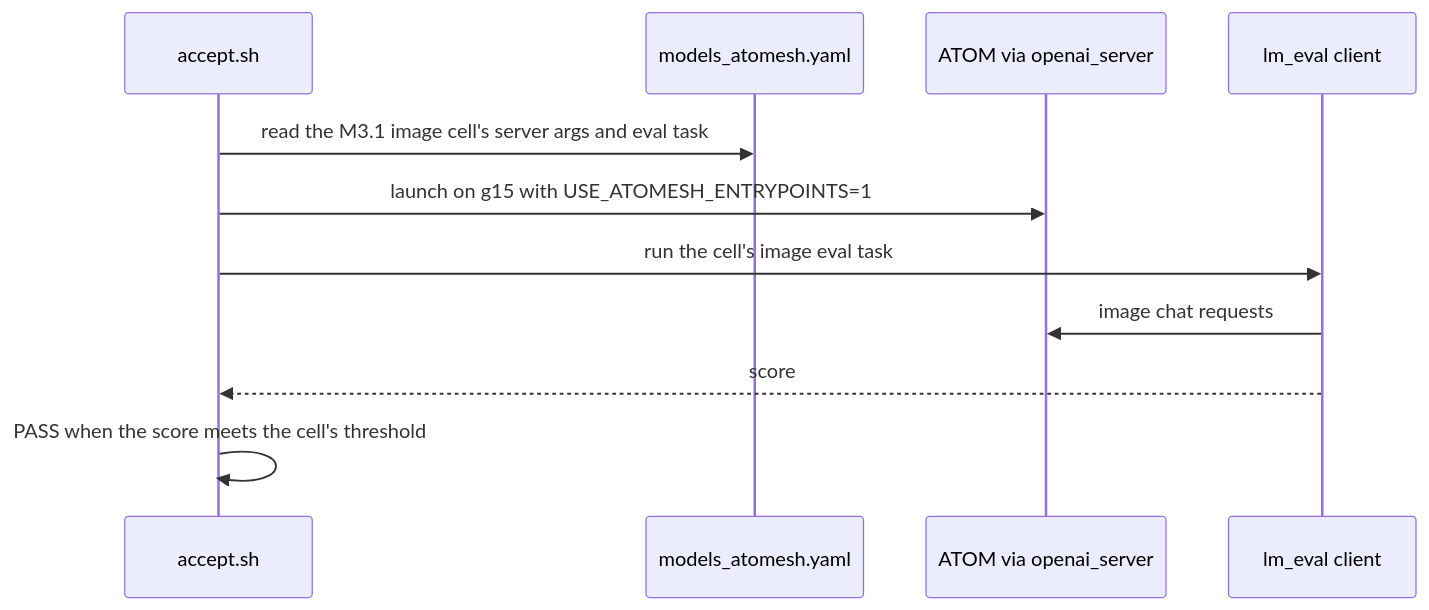
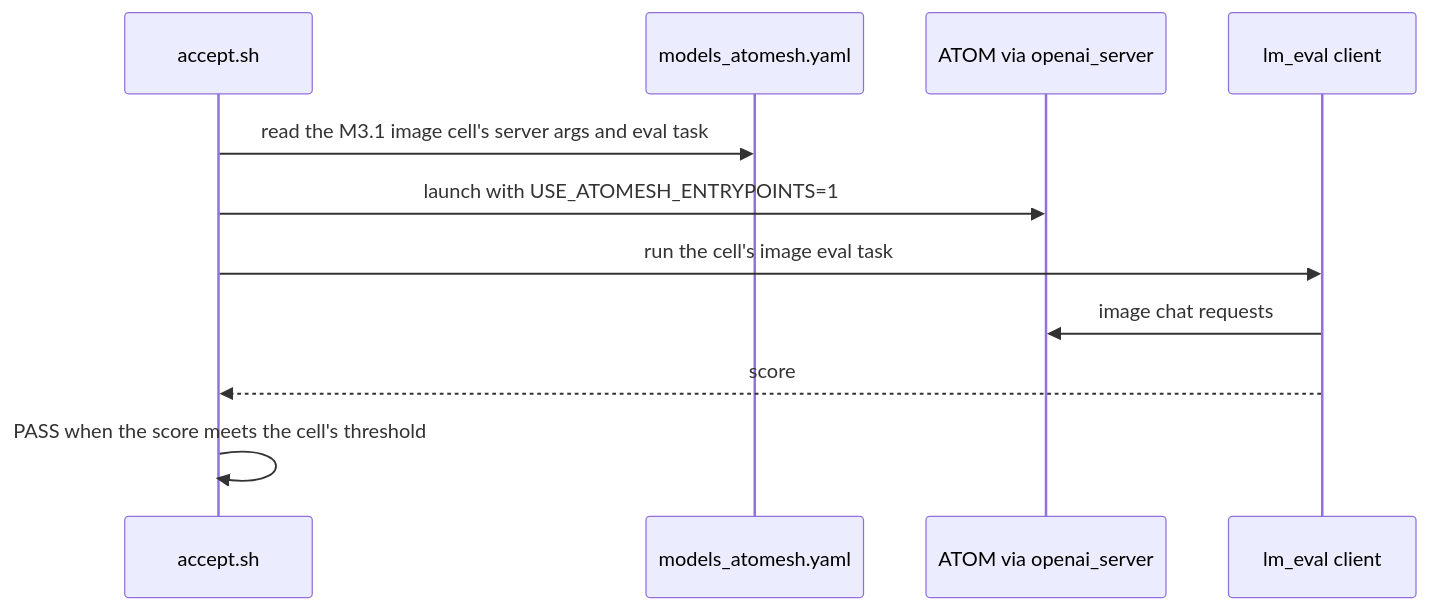
Before and after one commit to ROCm/ATOM: the sixth of 6 diagrams in docs/atomesh_multimodal_epd.md, drawn with Mermaid. The commit also changed other lines of this file and 1 other file, not shown here.

````diff
--- a/docs/atomesh_multimodal_epd.md
+++ b/docs/atomesh_multimodal_epd.md
@@ -154,13 +205,13 @@
 ```mermaid
 sequenceDiagram
     participant H as accept.sh
     participant Y as models_atomesh.yaml
     participant A as ATOM via openai_server
     participant L as lm_eval client
     H->>Y: read the M3.1 image cell's server args and eval task
-    H->>A: launch on g15 with USE_ATOMESH_ENTRYPOINTS=1
+    H->>A: launch with USE_ATOMESH_ENTRYPOINTS=1
     H->>L: run the cell's image eval task
     L->>A: image chat requests
     L-->>H: score
     H->>H: PASS when the score meets the cell's threshold
 ```
````
